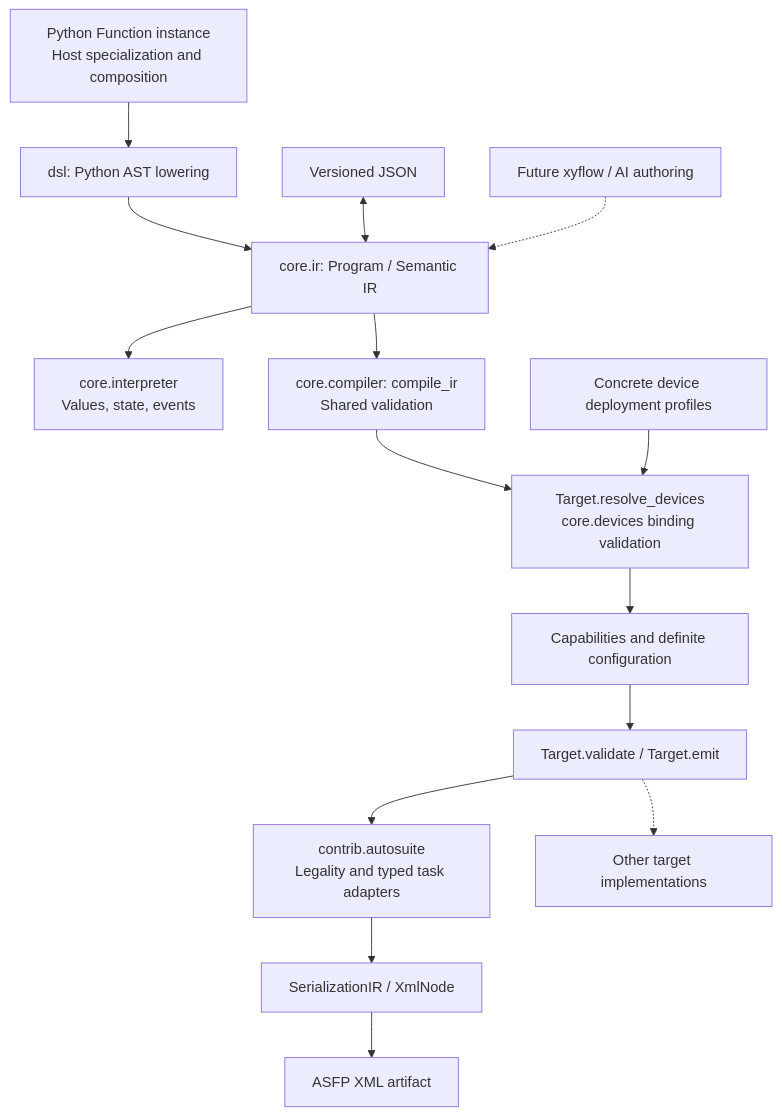
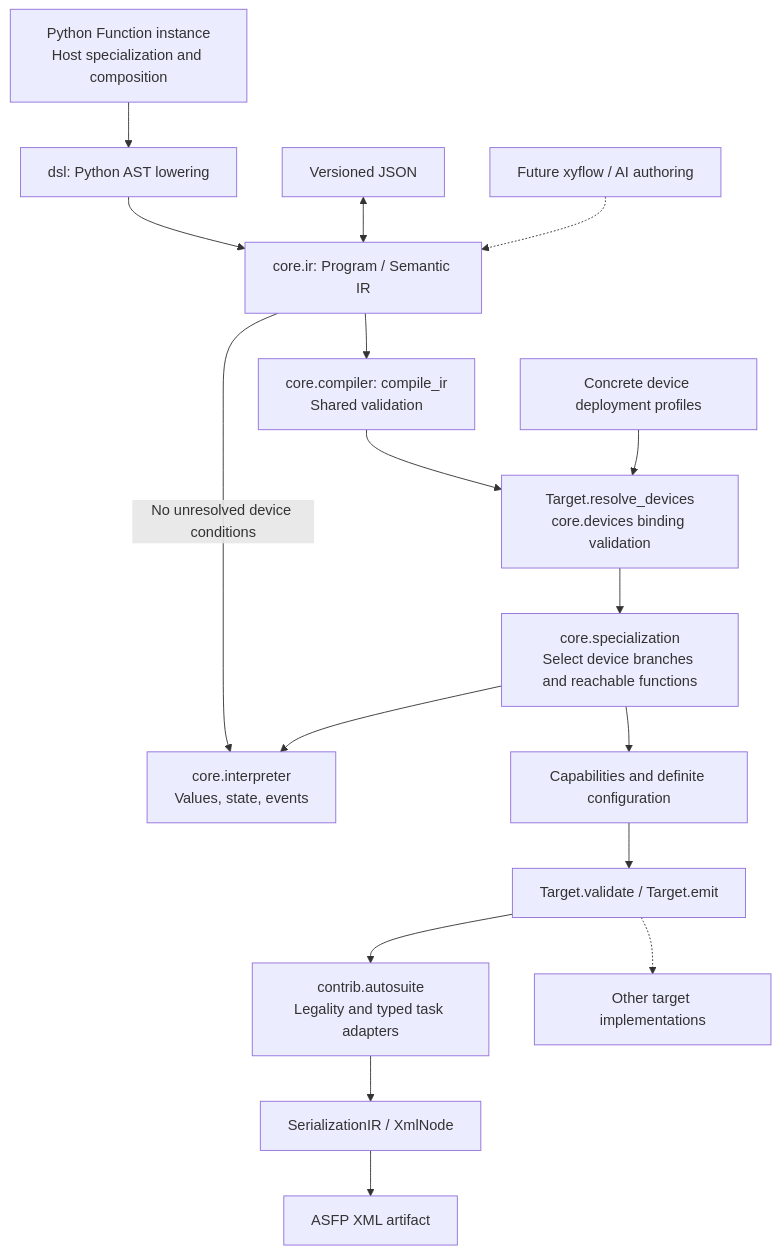
Before and after one commit to TsumiNa/sciloom: the diagram in docs/02_COMPILER_ARCHITECTURE.md, drawn with Mermaid. The commit also changed other lines of this file and 41 other files, not shown here.

````diff
--- a/docs/02_COMPILER_ARCHITECTURE.md
+++ b/docs/02_COMPILER_ARCHITECTURE.md
@@ -21,17 +21,19 @@
 ```mermaid
 flowchart TB
     Python["Python Function instance<br/>Host specialization and composition"] --> Lower["dsl: Python AST lowering"]
     Lower --> IR["core.ir: Program / Semantic IR"]
     JSON["Versioned JSON"] <--> IR
     Author["Future xyflow / AI authoring"] -.-> IR
-    IR --> Reference["core.interpreter<br/>Values, state, events"]
+    IR -->|No unresolved device conditions| Reference["core.interpreter<br/>Values, state, events"]
     IR --> Compile["core.compiler: compile_ir<br/>Shared validation"]
     Compile --> Resolve["Target.resolve_devices<br/>core.devices binding validation"]
-    Resolve --> Configuration["Capabilities and definite configuration"]
+    Resolve --> Specialize["core.specialization<br/>Select device branches and reachable functions"]
+    Specialize --> Reference
+    Specialize --> Configuration["Capabilities and definite configuration"]
     Configuration --> Target["Target.validate / Target.emit"]
     Bind["Concrete device deployment profiles"] --> Resolve
     Target --> AutoSuite["contrib.autosuite<br/>Legality and typed task adapters"]
     Target -.-> Other["Other target implementations"]
     AutoSuite --> SIR["SerializationIR / XmlNode"]
     SIR --> XML["ASFP XML artifact"]
 ```
````
